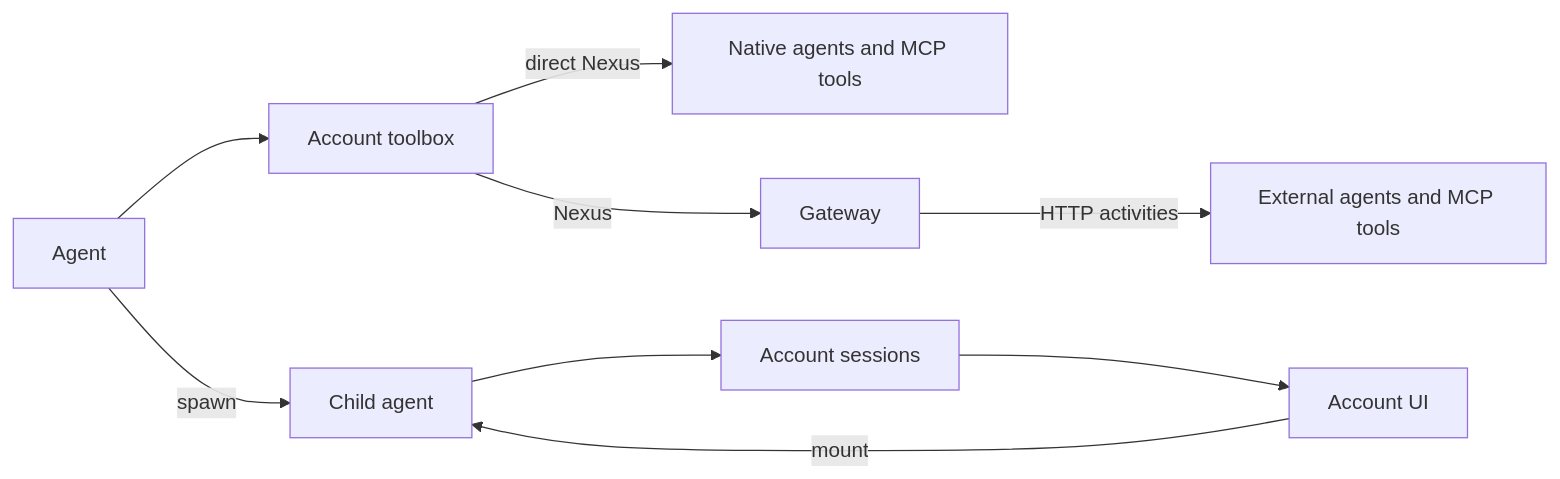
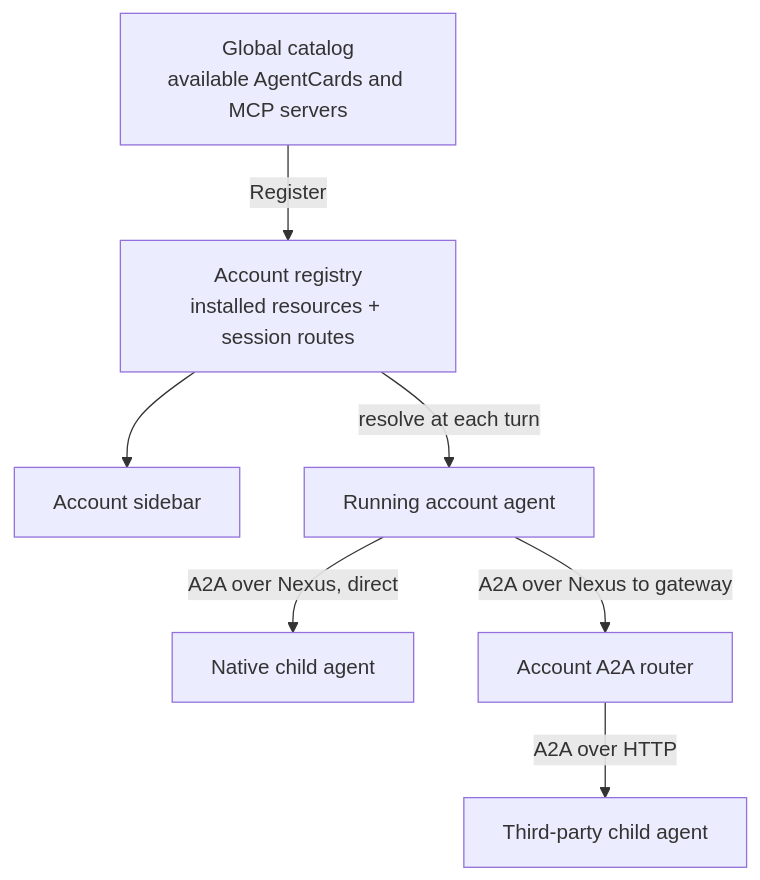
The third of 3 diagrams in examples/nexus_hello/README.md (temporal-community/temporal-agent-harness), drawn with Mermaid before and after one commit. The commit also changed other lines of this file and 39 other files, not shown here.

````diff
--- a/examples/nexus_hello/README.md
+++ b/examples/nexus_hello/README.md
@@ -101,12 +72,14 @@
 ```mermaid
-flowchart LR
-    Agent[Agent] --> Toolbox[Account toolbox]
-    Toolbox -->|direct Nexus| Native[Native agents and MCP tools]
-    Toolbox -->|Nexus| Gateway[Gateway]
-    Gateway -->|HTTP activities| External[External agents and MCP tools]
+flowchart TB
+    Catalog[Global catalog<br/>available AgentCards and MCP servers]
+    Registry[Account registry<br/>installed resources + session routes]
+    UI[Account sidebar]
+    Agent[Running account agent]
 
-    Agent -->|spawn| Child[Child agent]
-    Child --> Registry[Account sessions]
-    Registry --> UI[Account UI]
-    UI -->|mount| Child
+    Catalog -->|Register| Registry
+    Registry --> UI
+    Registry -->|resolve at each turn| Agent
+    Agent -->|A2A over Nexus, direct| Native[Native child agent]
+    Agent -->|A2A over Nexus to gateway| Router[Account A2A router]
+    Router -->|A2A over HTTP| ThirdParty[Third-party child agent]
 ```
````
